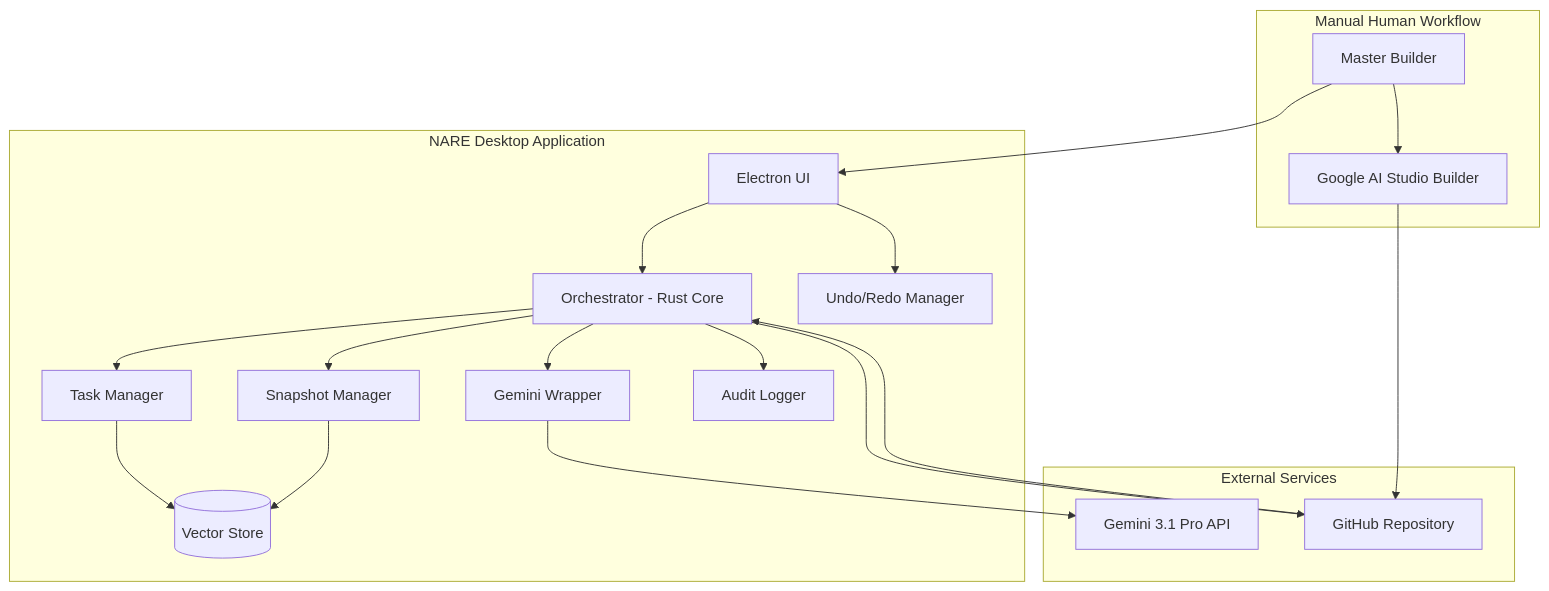
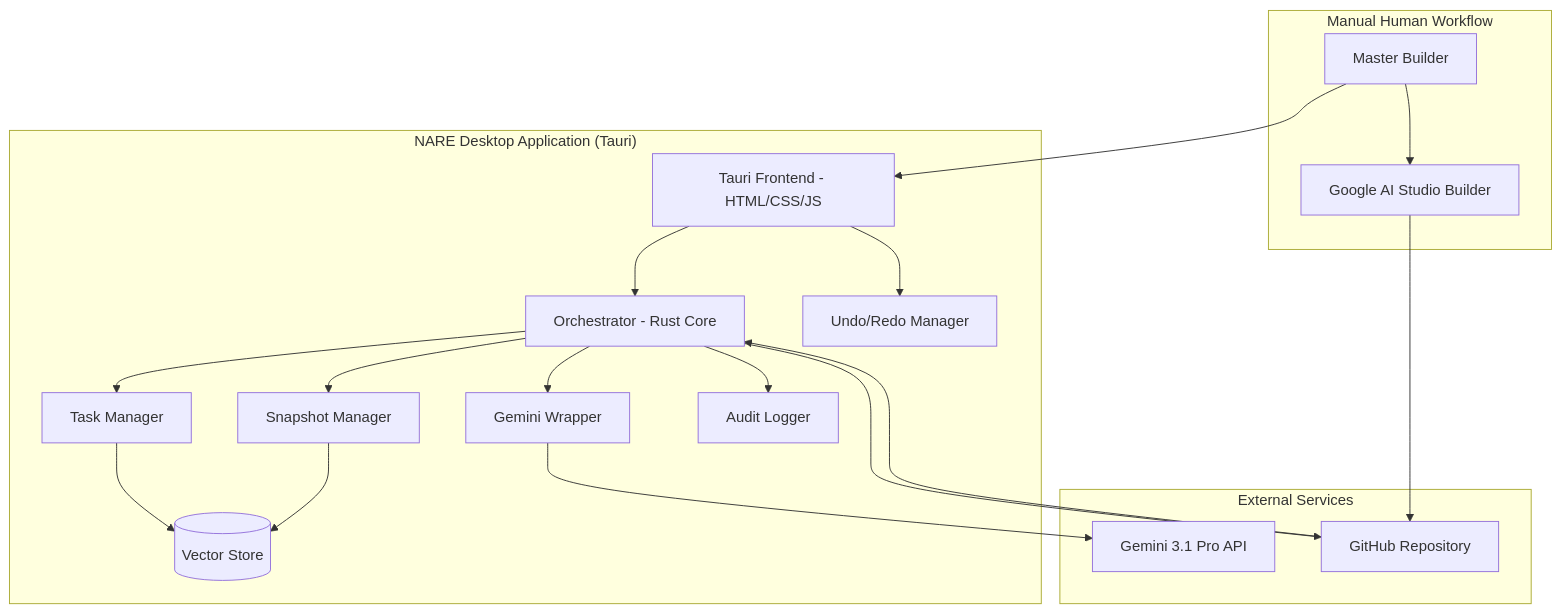
Before and after one commit to alec-borman/NARE-Normative-Agnostic-Refactoring-Engine: the first of 4 diagrams in docs/IMPLEMENTATION.md, drawn with Mermaid. The commit also changed other lines of this file, not shown here.

````diff
--- a/docs/IMPLEMENTATION.md
+++ b/docs/IMPLEMENTATION.md
@@ -60,38 +61,38 @@
 ```mermaid
 graph TD
-    subgraph "NARE Desktop Application"
-        UI[Electron UI]
+    subgraph "NARE Desktop Application (Tauri)"
+        UI[Tauri Frontend - HTML/CSS/JS]
         Orch[Orchestrator - Rust Core]
         SMgr[Snapshot Manager]
         VS[(Vector Store)]
         GW[Gemini Wrapper]
         TM[Task Manager]
         Log[Audit Logger]
         Undo[Undo/Redo Manager]
     end
 
     subgraph "External Services"
         Gemini[Gemini 3.1 Pro API]
         GitHub[GitHub Repository]
     end
 
     subgraph "Manual Human Workflow"
         MB[Master Builder]
         AIS[Google AI Studio Builder]
     end
 
     UI --> Orch
     UI --> Undo
     Orch --> TM
     Orch --> SMgr
     Orch --> GW
     Orch --> Log
     TM --> VS
     SMgr --> VS
     GW --> Gemini
     Orch --> GitHub
     MB --> UI
     MB --> AIS
     AIS --> GitHub
     GitHub --> Orch
 ```
````
